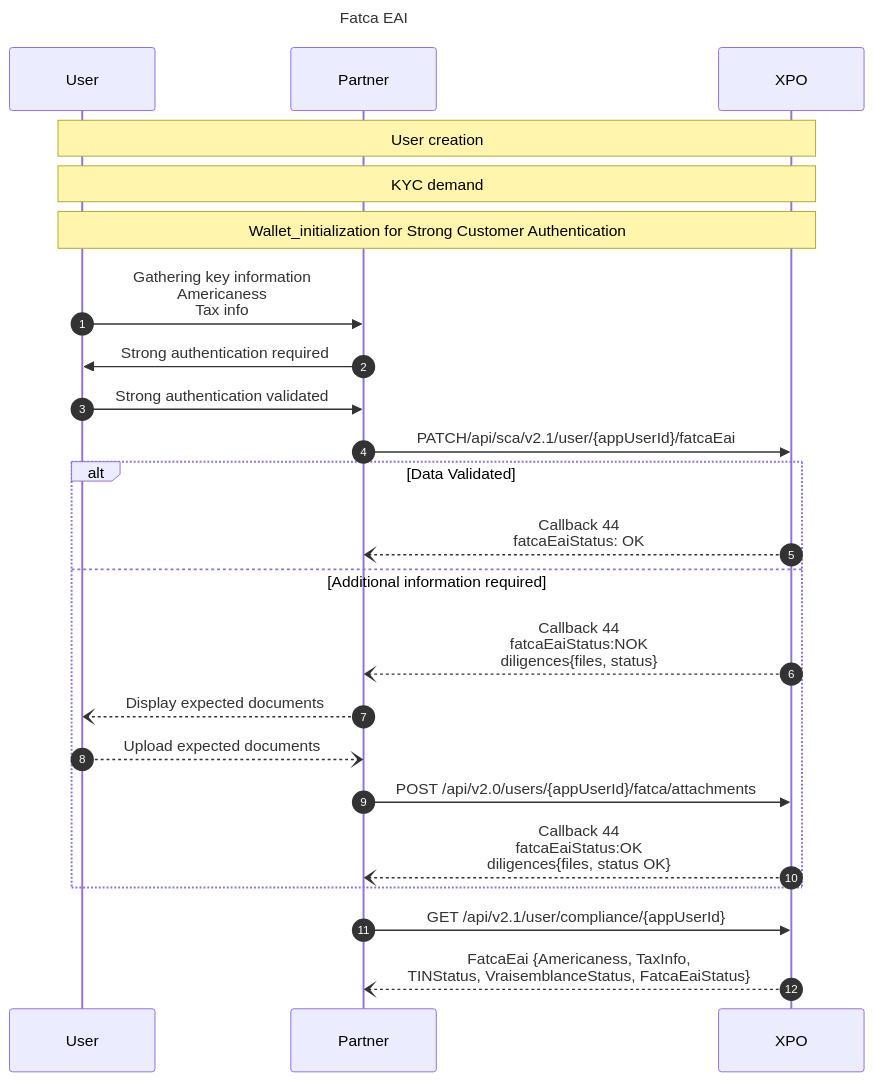
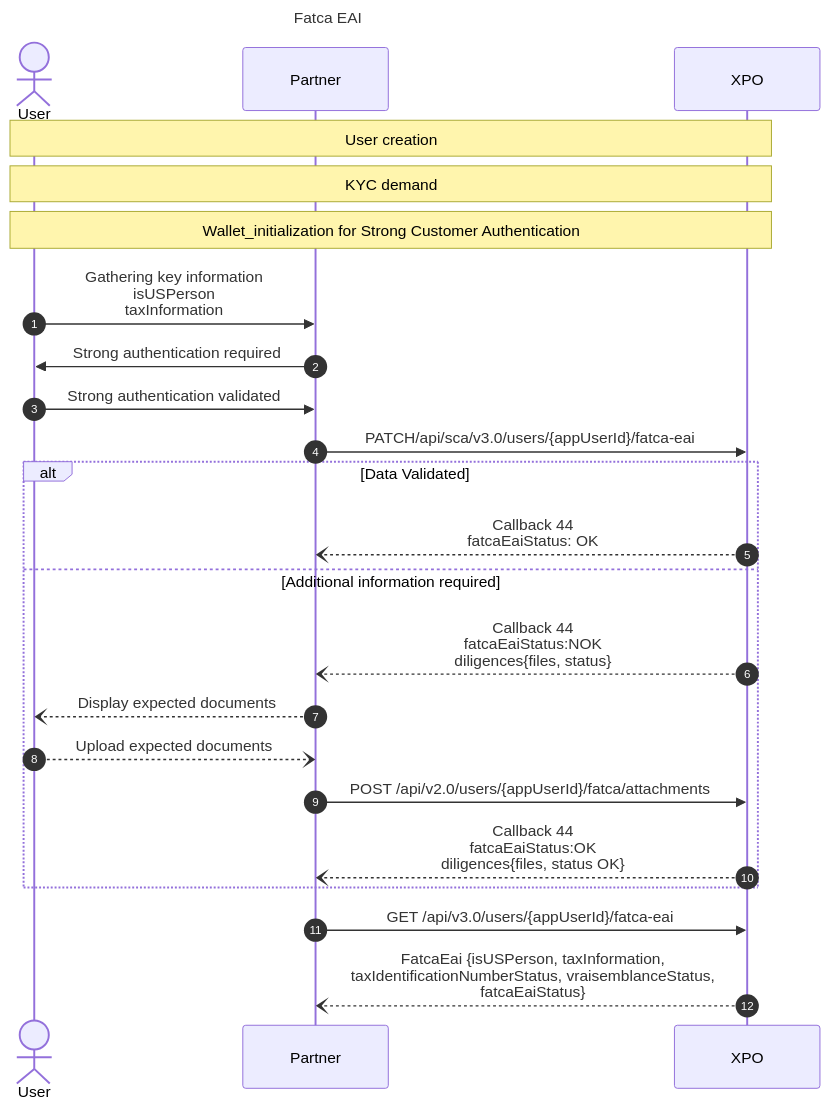
The diagram in docs/usecases/users/onboarding/3_fatca/fatca.md (pomme-clic/s-money-documentation), drawn with Mermaid before and after one commit. The commit also changed other lines of this file, not shown here.

Commit message:
fatca 2.0

````diff
--- a/docs/usecases/users/onboarding/3_fatca/fatca.md
+++ b/docs/usecases/users/onboarding/3_fatca/fatca.md
@@ -14,31 +19,31 @@
 ```mermaid
-
 sequenceDiagram
 Title: Fatca EAI
 autonumber
-participant User
+Actor User
 participant Partner
 participant XPO
 
 Note over User, XPO: User creation
 Note over User, XPO: KYC demand
 Note over User, XPO: Wallet_initialization for Strong Customer Authentication
 
-User ->> Partner : Gathering key information<br/> Americaness<br/> Tax info
+User ->> Partner : Gathering key information<br/> isUSPerson <br/> taxInformation
 Partner ->>  User : Strong authentication required
 User ->> Partner: Strong authentication validated
 
-Partner ->>  XPO : PATCH/api/sca/v2.1/user/{appUserId}/fatcaEai
+Partner ->>  XPO : PATCH/api/sca/v3.0/users/{appUserId}/fatca-eai
 alt Data Validated
-	XPO --) Partner : Callback 44<br/>fatcaEaiStatus: OK
+    XPO --) Partner : Callback 44<br/>fatcaEaiStatus: OK
 else Additional information required
-	XPO --) Partner : Callback 44<br/>fatcaEaiStatus:NOK <br/> diligences{files, status}
-	Partner --) User: Display expected documents
-	User --) Partner: Upload expected documents
-	Partner ->>  XPO : POST /api/v2.0/users/{appUserId}/fatca/attachments
-	XPO --) Partner : Callback 44<br/>fatcaEaiStatus:OK <br/> diligences{files, status OK}
+    XPO --) Partner : Callback 44<br/>fatcaEaiStatus:NOK <br/> diligences{files, status}
+    Partner --) User: Display expected documents
+    User --) Partner: Upload expected documents
+    Partner ->>  XPO : POST /api/v2.0/users/{appUserId}/fatca/attachments
+    XPO --) Partner : Callback 44<br/>fatcaEaiStatus:OK <br/> diligences{files, status OK}
 end
-Partner ->>  XPO : GET /api/v2.1/user/compliance/{appUserId}
-XPO --) Partner : FatcaEai {Americaness, TaxInfo,<br/> TINStatus, VraisemblanceStatus, FatcaEaiStatus}
+Partner ->>  XPO : GET /api/v3.0/users/{appUserId}/fatca-eai
+XPO --) Partner : FatcaEai {isUSPerson, taxInformation,<br/> taxIdentificationNumberStatus, vraisemblanceStatus, <br/> fatcaEaiStatus}
+
 
 ```
````
